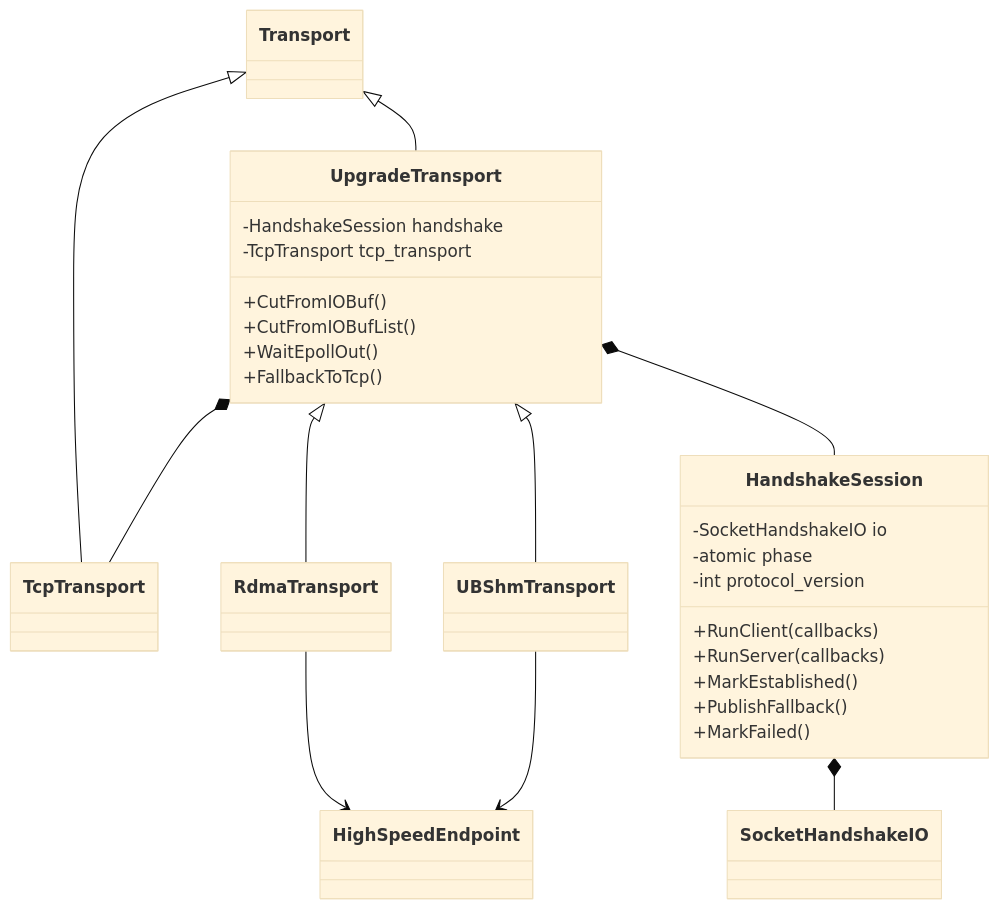
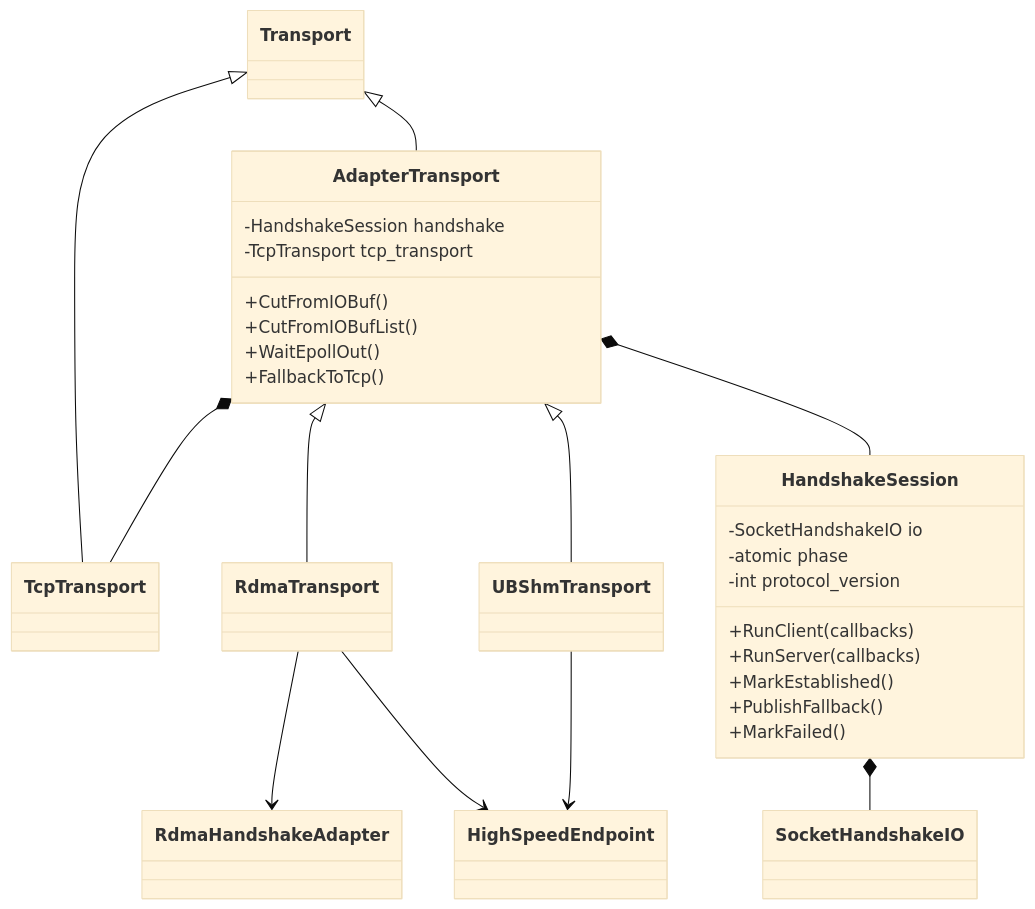
One commit to LinQuickDev/brpc changed the fifth of 5 diagrams in docs/cn/handshake_common_design.md. Above: the diagram before and after it, drawn with Mermaid (base theme). The commit also changed other lines of this file and 23 other files, not shown here.

Commit message:
Move handshake adapters to transport layer

````diff
--- a/docs/cn/handshake_common_design.md
+++ b/docs/cn/handshake_common_design.md
@@ -708,36 +718,38 @@
 ```mermaid
 classDiagram
     class Transport
     class TcpTransport
-    class UpgradeTransport {
+    class AdapterTransport {
         -HandshakeSession handshake
         -TcpTransport tcp_transport
         +CutFromIOBuf()
         +CutFromIOBufList()
         +WaitEpollOut()
         +FallbackToTcp()
     }
     class HandshakeSession {
         -SocketHandshakeIO io
         -atomic phase
         -int protocol_version
         +RunClient(callbacks)
         +RunServer(callbacks)
         +MarkEstablished()
         +PublishFallback()
         +MarkFailed()
     }
     class RdmaTransport
+    class RdmaHandshakeAdapter
     class UBShmTransport
     class HighSpeedEndpoint
 
     Transport <|-- TcpTransport
-    Transport <|-- UpgradeTransport
-    UpgradeTransport <|-- RdmaTransport
-    UpgradeTransport <|-- UBShmTransport
-    UpgradeTransport *-- TcpTransport
-    UpgradeTransport *-- HandshakeSession
+    Transport <|-- AdapterTransport
+    AdapterTransport <|-- RdmaTransport
+    AdapterTransport <|-- UBShmTransport
+    AdapterTransport *-- TcpTransport
+    AdapterTransport *-- HandshakeSession
     HandshakeSession *-- SocketHandshakeIO
+    RdmaTransport --> RdmaHandshakeAdapter
     RdmaTransport --> HighSpeedEndpoint
     UBShmTransport --> HighSpeedEndpoint
 ```
````
